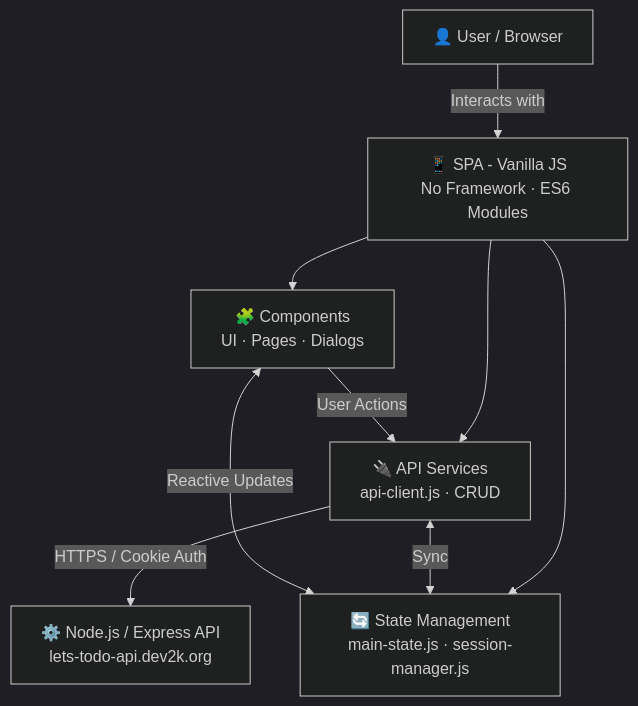
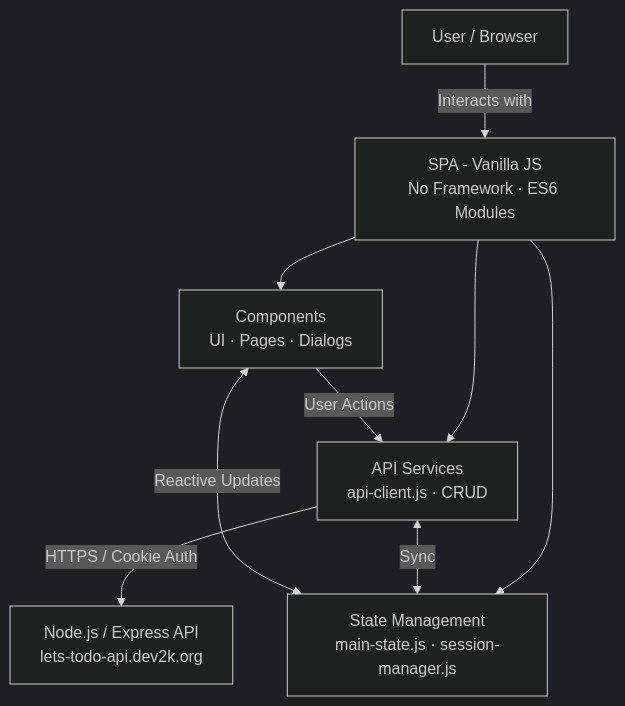
The diagram in frontend/README.md (KosMaster87/Lets-Todo), drawn with Mermaid (dark theme) before and after one commit. The commit also changed other lines of this file and 65 other files, not shown here.

````diff
--- a/frontend/README.md
+++ b/frontend/README.md
@@ -86,11 +86,11 @@
 ```mermaid
 graph TD
-    A["👤 User / Browser"] -->|Interacts with| B["📱 SPA - Vanilla JS\nNo Framework · ES6 Modules"]
-    B --> C["🧩 Components\nUI · Pages · Dialogs"]
-    B --> D["🔄 State Management\nmain-state.js · session-manager.js"]
-    B --> E["🔌 API Services\napi-client.js · CRUD"]
+    A["User / Browser"] -->|Interacts with| B["SPA - Vanilla JS\nNo Framework · ES6 Modules"]
+    B --> C["Components\nUI · Pages · Dialogs"]
+    B --> D["State Management\nmain-state.js · session-manager.js"]
+    B --> E["API Services\napi-client.js · CRUD"]
     D <-->|Reactive Updates| C
     C -->|User Actions| E
-    E -->|HTTPS / Cookie Auth| F["⚙️ Node.js / Express API\nlets-todo-api.dev2k.org"]
+    E -->|HTTPS / Cookie Auth| F["Node.js / Express API\nlets-todo-api.dev2k.org"]
     E <-->|Sync| D
 ```
````
